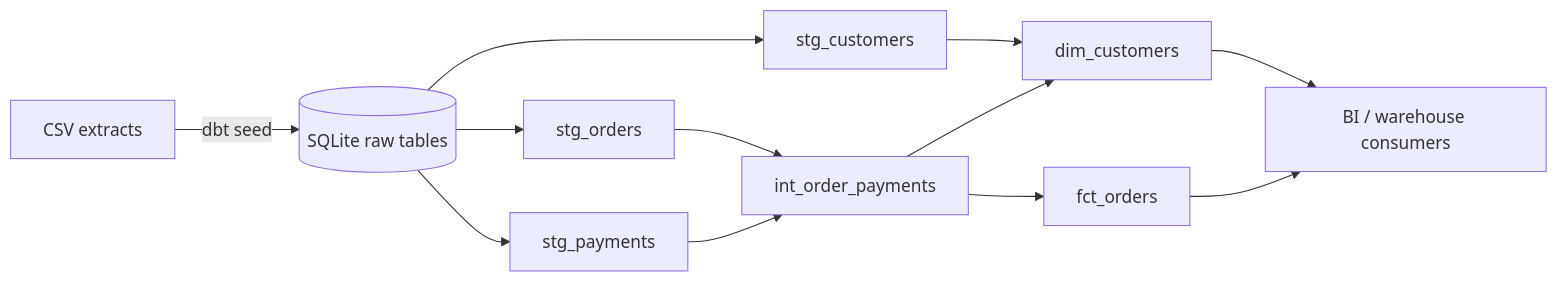
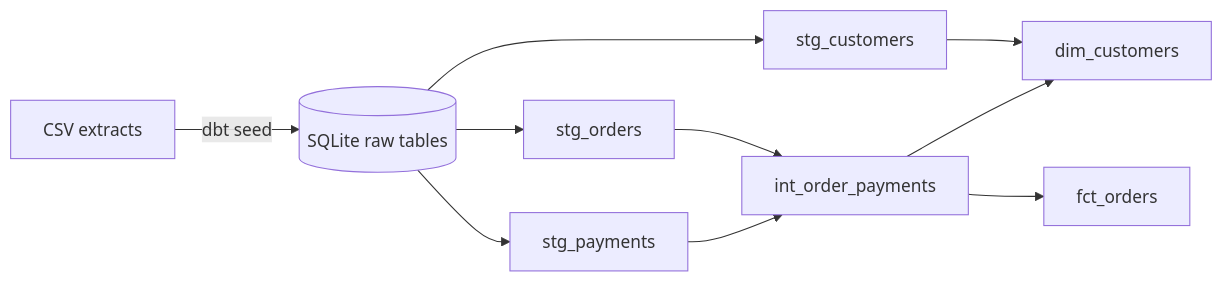
One commit to solomon034/retail-revenue-pipeline changed the diagram in README.md. Above: the diagram before and after it, drawn with Mermaid. The commit also changed other lines of this file, not shown here.

````diff
--- a/README.md
+++ b/README.md
@@ -14,14 +21,12 @@
 ```mermaid
 flowchart LR
   A[CSV extracts] -->|dbt seed| B[(SQLite raw tables)]
   B --> C[stg_customers]
   B --> D[stg_orders]
   B --> E[stg_payments]
   D --> F[int_order_payments]
   E --> F
   C --> G[dim_customers]
   F --> G
   F --> H[fct_orders]
-  G --> I[BI / warehouse consumers]
-  H --> I
 ```
````
